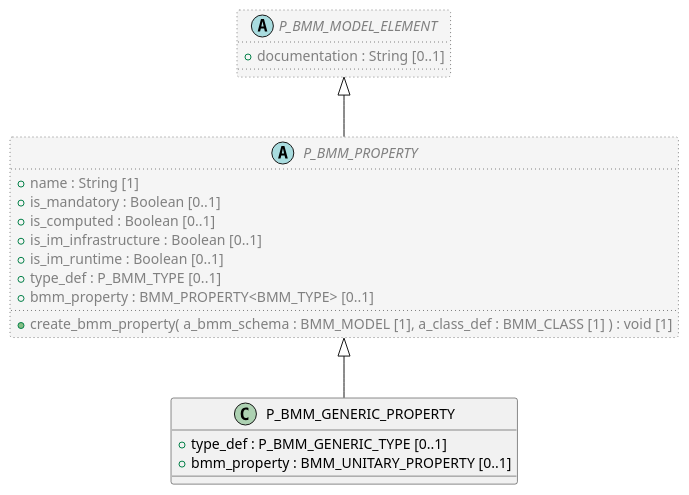
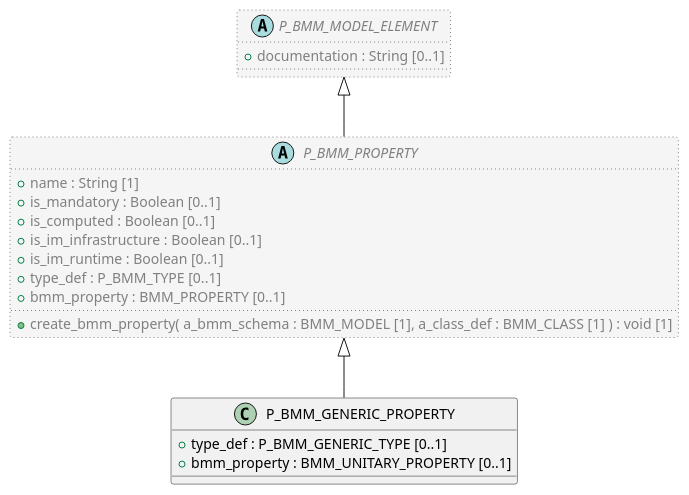
Before and after one commit to sebastian-iancu/code-generator: the diagram in code/Adoc/openehr_lang_1.1.0/plantUML/classes/org.openehr.lang.bmm_persistence.p_bmm_generic_property.adoc, drawn with PlantUML. The commit also changed 719 other files, not shown here.

```diff
--- a/code/Adoc/openehr_lang_1.1.0/plantUML/classes/org.openehr.lang.bmm_persistence.p_bmm_generic_property.adoc
+++ b/code/Adoc/openehr_lang_1.1.0/plantUML/classes/org.openehr.lang.bmm_persistence.p_bmm_generic_property.adoc
@@ -1,31 +1,31 @@
 [plantuml,P_BMM_GENERIC_PROPERTY,format=svg,svg-type="inline"]
 -----
 @startuml
 
 class P_BMM_GENERIC_PROPERTY {
   + type_def : P_BMM_GENERIC_TYPE [0..1]
   + bmm_property : BMM_UNITARY_PROPERTY [0..1]
 }
 
 abstract class P_BMM_PROPERTY  #whitesmoke;line:gray;line.dotted;text:gray {
   + name : String [1]
   + is_mandatory : Boolean [0..1]
   + is_computed : Boolean [0..1]
   + is_im_infrastructure : Boolean [0..1]
   + is_im_runtime : Boolean [0..1]
   + type_def : P_BMM_TYPE [0..1]
-  + bmm_property : BMM_PROPERTY<BMM_TYPE> [0..1]
+  + bmm_property : BMM_PROPERTY [0..1]
   + create_bmm_property( a_bmm_schema : BMM_MODEL [1], a_class_def : BMM_CLASS [1] ) : void [1]
 }
 
 abstract class P_BMM_MODEL_ELEMENT  #whitesmoke;line:gray;line.dotted;text:gray {
   + documentation : String [0..1]
 }
 
 P_BMM_MODEL_ELEMENT <|-- P_BMM_PROPERTY
 
 P_BMM_PROPERTY <|-- P_BMM_GENERIC_PROPERTY
 
 
 @enduml
 -----
```
